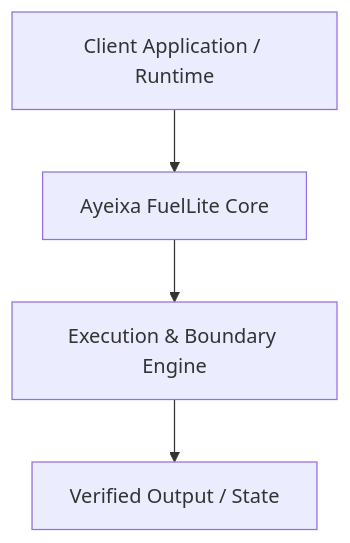
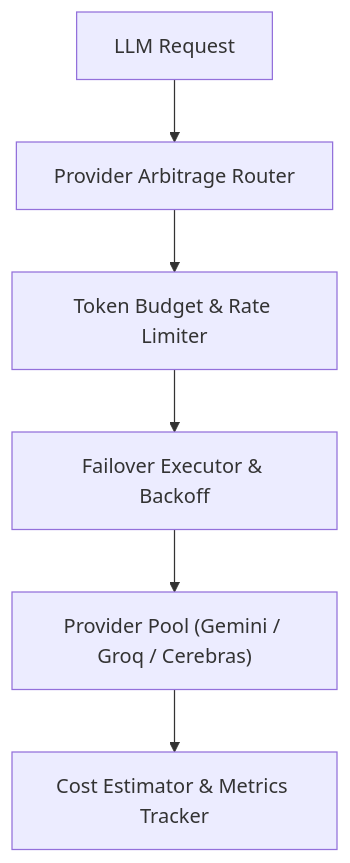
The diagram in ARCHITECTURE.md (alpallovy/ayeixa-fuellite), drawn with Mermaid before and after one commit. The commit also changed other lines of this file and 19 other files, not shown here.

````diff
--- a/ARCHITECTURE.md
+++ b/ARCHITECTURE.md
@@ -7,6 +7,8 @@
 ```mermaid
 flowchart TD
-    Client["Client Application / Runtime"] --> Router["Ayeixa FuelLite Core"]
-    Router --> Engine["Execution & Boundary Engine"]
-    Engine --> Output["Verified Output / State"]
+    Client["LLM Request"] --> Router["Provider Arbitrage Router"]
+    Router --> Budget["Token Budget & Rate Limiter"]
+    Budget --> Failover["Failover Executor & Backoff"]
+    Failover --> Providers["Provider Pool (Gemini / Groq / Cerebras)"]
+    Providers --> Estimator["Cost Estimator & Metrics Tracker"]
 ```
````
